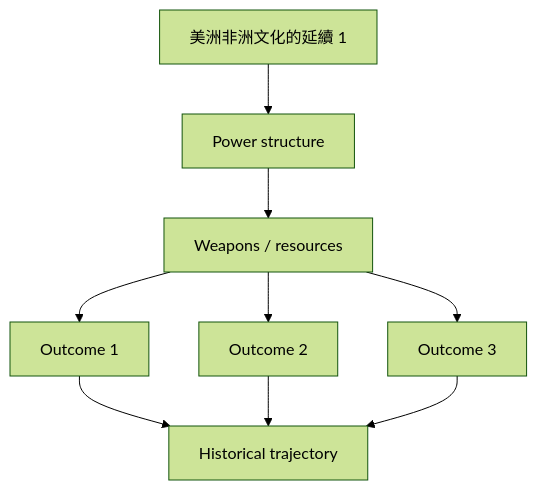
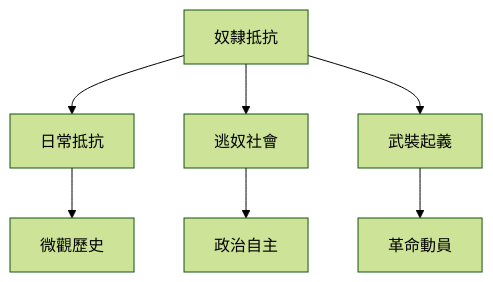
One commit to yip-lgtm/HKU-Harvard-History-Self-Study changed the second of 10 diagrams in 02_Harvard_Courses/Fall_Courses/Hist62_African_Diaspora.md. Above: the diagram before and after it, drawn with Mermaid (forest theme). The commit also changed other lines of this file and 15 other files, not shown here.

````diff
--- a/02_Harvard_Courses/Fall_Courses/Hist62_African_Diaspora.md
+++ b/02_Harvard_Courses/Fall_Courses/Hist62_African_Diaspora.md
@@ -146,11 +111,9 @@
 ```mermaid
 graph TD
-    A[美洲非洲文化的延續 1] --> B[Power structure]
-    B --> C[Weapons / resources]
-    C --> D[Outcome 1]
-    C --> E[Outcome 2]
-    C --> F[Outcome 3]
-    D --> G[Historical trajectory]
-    E --> G
-    F --> G
+    A[奴隸抵抗] --> B[日常抵抗]
+    A --> C[逃奴社會]
+    A --> D[武裝起義]
+    B --> E[微觀歷史]
+    C --> F[政治自主]
+    D --> G[革命動員]
 ```
````
